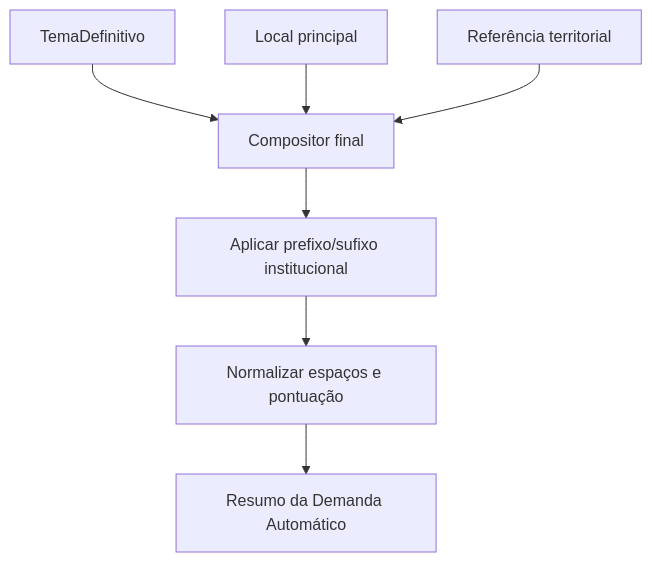
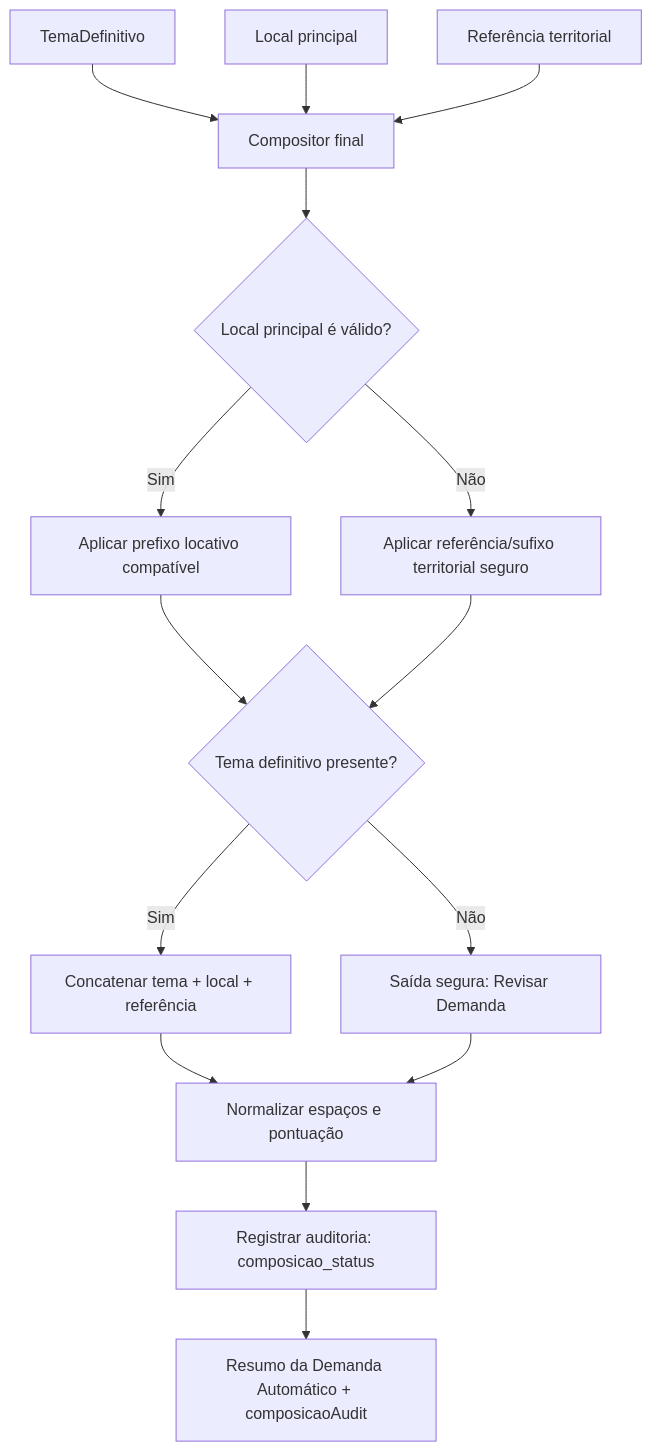
The diagram in apendice_tecnico/diagramas/DT06_composicao_resumo.mmd (HeltonBr/TDE-Git), drawn with Mermaid before and after one commit. The commit also changed 5 other files, not shown here.

```diff
--- a/apendice_tecnico/diagramas/DT06_composicao_resumo.mmd
+++ b/apendice_tecnico/diagramas/DT06_composicao_resumo.mmd
@@ -1,7 +1,15 @@
 flowchart TD
     A[TemaDefinitivo] --> D[Compositor final]
     B[Local principal] --> D
     C[Referência territorial] --> D
-    D --> E[Aplicar prefixo/sufixo institucional]
-    E --> F[Normalizar espaços e pontuação]
-    F --> G[Resumo da Demanda Automático]
+    D --> E{Local principal é válido?}
+    E -- Sim --> F[Aplicar prefixo locativo compatível]
+    E -- Não --> G[Aplicar referência/sufixo territorial seguro]
+    F --> H{Tema definitivo presente?}
+    G --> H
+    H -- Sim --> I[Concatenar tema + local + referência]
+    H -- Não --> J[Saída segura: Revisar Demanda]
+    I --> K[Normalizar espaços e pontuação]
+    J --> K
+    K --> L[Registrar auditoria: composicao_status]
+    L --> M[Resumo da Demanda Automático + composicaoAudit]
```
